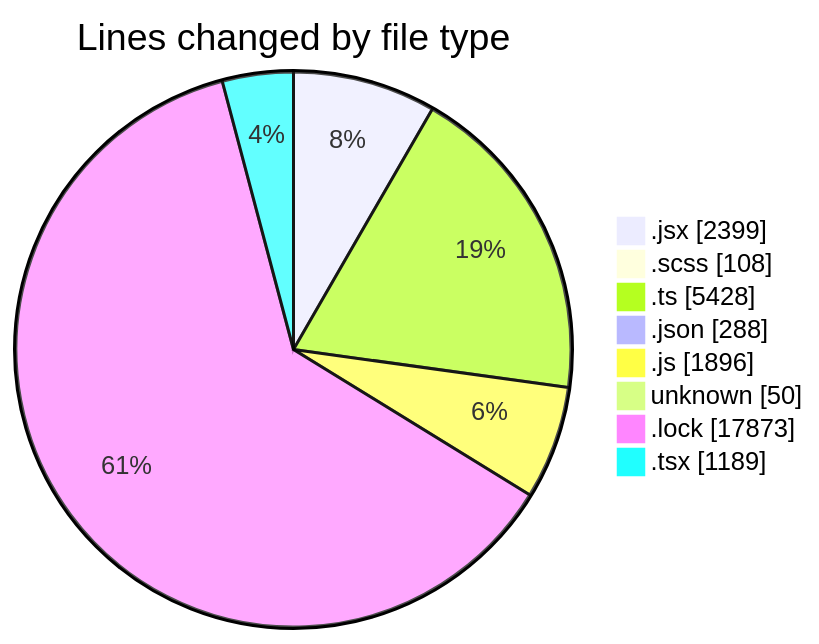
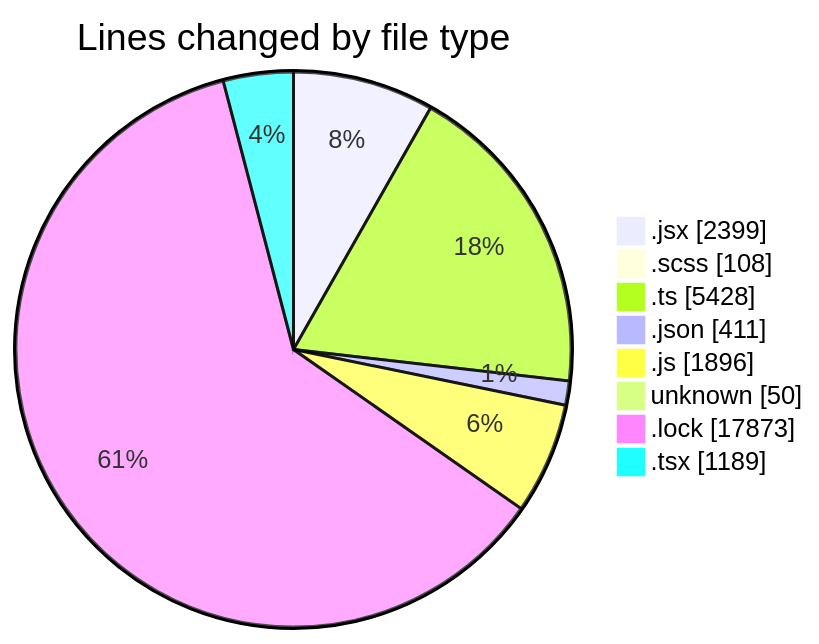
One commit to momahboobian/code-tracking changed the first of 2 diagrams in 2026-09-01/cda/README.md. Above: the diagram before and after it, drawn with Mermaid. The commit also changed other lines of this file and 1 other file, not shown here.

````diff
--- a/2026-09-01/cda/README.md
+++ b/2026-09-01/cda/README.md
@@ -75,12 +77,12 @@
 ```mermaid
 pie showData
 title Lines changed by file type
 ".jsx" : 2399
 ".scss" : 108
 ".ts" : 5428
-".json" : 288
+".json" : 411
 ".js" : 1896
 "unknown" : 50
 ".lock" : 17873
 ".tsx" : 1189
 ```
````
